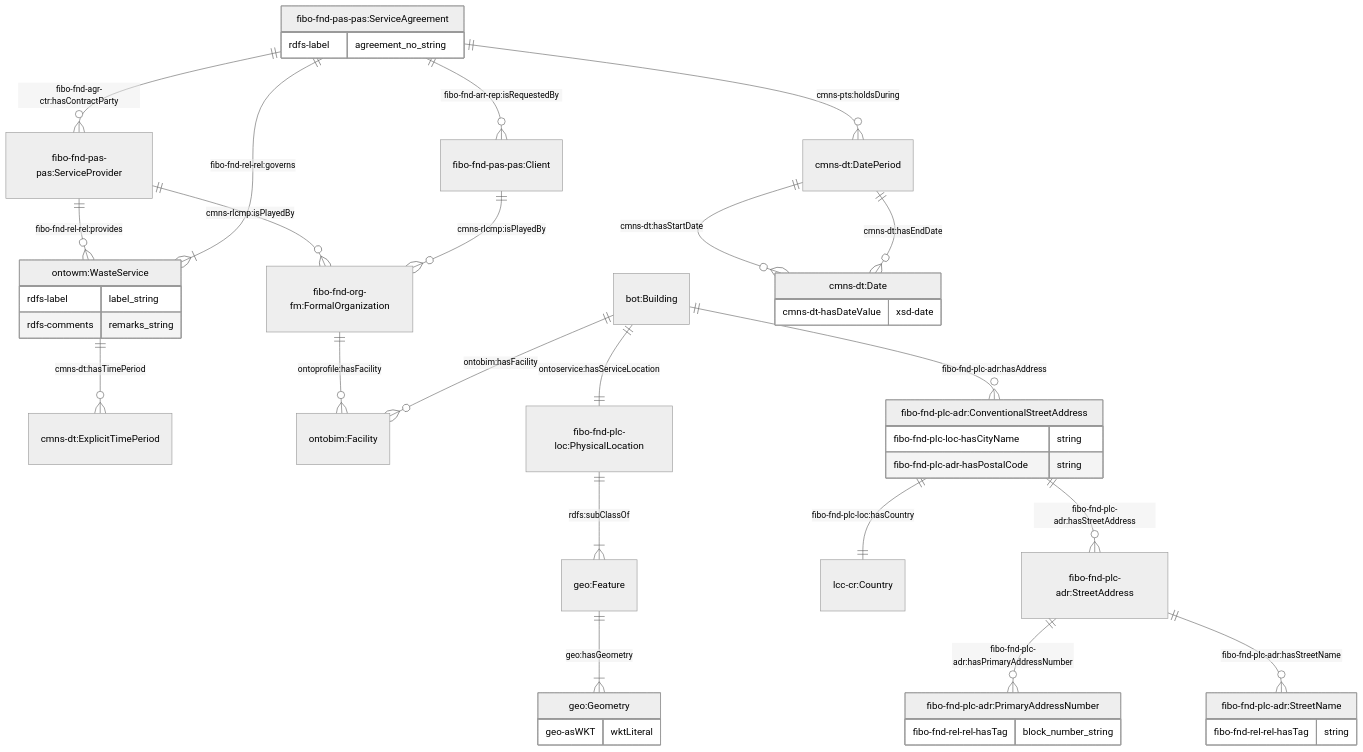
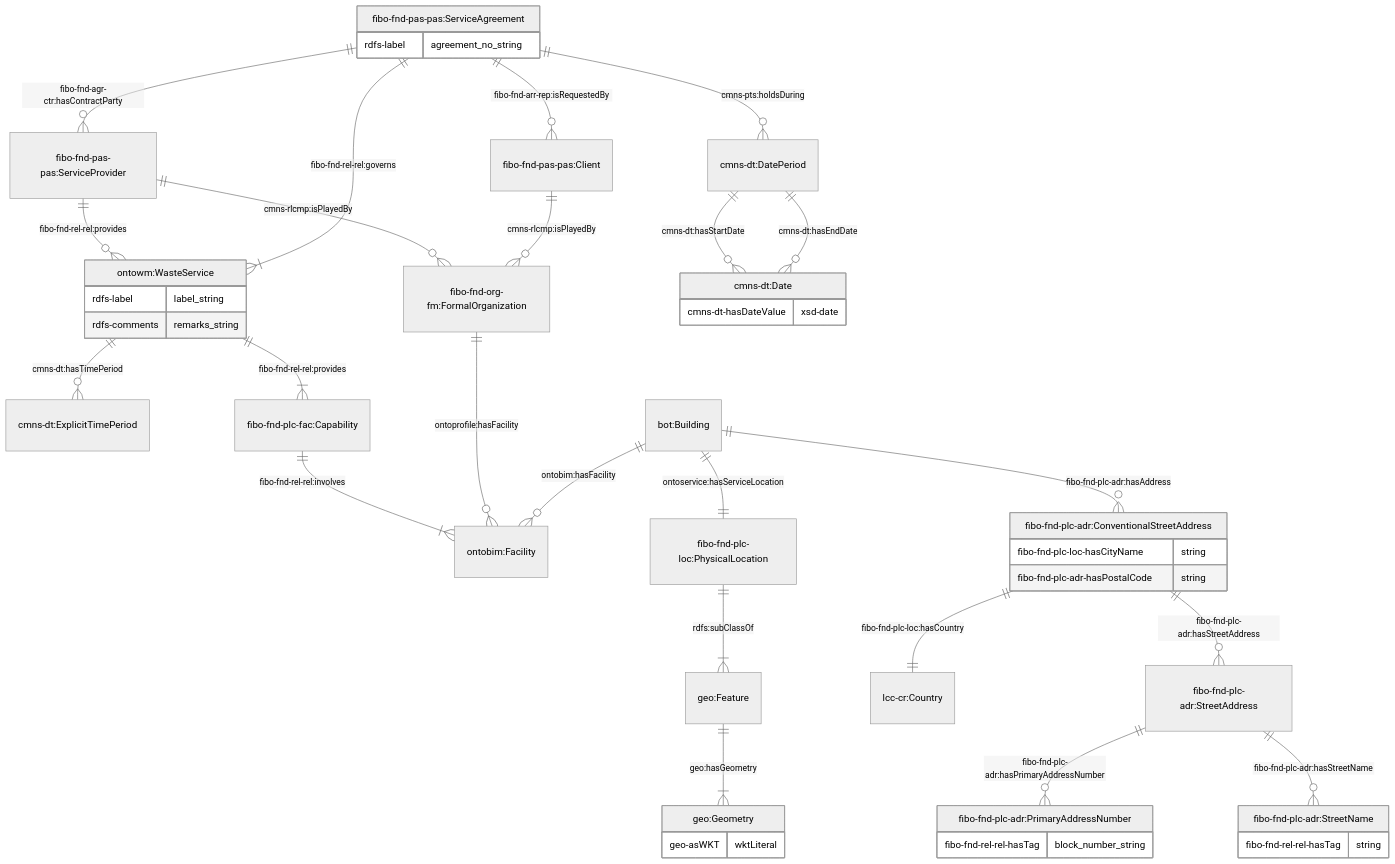
One commit to cambridge-cares/TheWorldAvatar changed the first of 11 diagrams in JPS_Ontology/ontology/ontowastemanagement/README.md. Above: the diagram before and after it, drawn with Mermaid (neutral theme). The commit also changed 1 other file, not shown here.

Commit message:
dev-service-execution-ontology-extension: added links to facility from service in ontoservice and ontowastemanagement

````diff
--- a/JPS_Ontology/ontology/ontowastemanagement/README.md
+++ b/JPS_Ontology/ontology/ontowastemanagement/README.md
@@ -70,54 +70,56 @@
 ```mermaid
     erDiagram
     "fibo-fnd-pas-pas:ServiceAgreement" {
         rdfs-label agreement_no_string
     }
     "fibo-fnd-pas-pas:ServiceAgreement" ||--o{ "fibo-fnd-pas-pas:Client" : "fibo-fnd-arr-rep:isRequestedBy"
     "fibo-fnd-pas-pas:ServiceAgreement" ||--o{ "fibo-fnd-pas-pas:ServiceProvider" : "fibo-fnd-agr-ctr:hasContractParty"
 
     "fibo-fnd-pas-pas:ServiceProvider" ||--o{ "fibo-fnd-org-fm:FormalOrganization"  : "cmns-rlcmp:isPlayedBy"
     "fibo-fnd-pas-pas:ServiceProvider" ||--o{ "ontowm:WasteService"  : "fibo-fnd-rel-rel:provides"
 
     "fibo-fnd-pas-pas:Client" ||--o{ "fibo-fnd-org-fm:FormalOrganization"  : "cmns-rlcmp:isPlayedBy"
 
     "fibo-fnd-pas-pas:ServiceAgreement" ||--|{ "ontowm:WasteService" : "fibo-fnd-rel-rel:governs"
     "ontowm:WasteService" ||--o{ "cmns-dt:ExplicitTimePeriod" : "cmns-dt:hasTimePeriod"
     "ontowm:WasteService" {
         rdfs-label label_string
         rdfs-comments remarks_string
     }
 
+    "ontowm:WasteService" ||--|{ "fibo-fnd-plc-fac:Capability" : "fibo-fnd-rel-rel:provides"
+    "fibo-fnd-plc-fac:Capability" ||--|{ "ontobim:Facility" : "fibo-fnd-rel-rel:involves"
     "fibo-fnd-org-fm:FormalOrganization" ||--o{ "ontobim:Facility" : "ontoprofile:hasFacility "
 
     "bot:Building" ||--|| "fibo-fnd-plc-loc:PhysicalLocation" : "ontoservice:hasServiceLocation"
     "fibo-fnd-plc-loc:PhysicalLocation" ||--|{ "geo:Feature" : "rdfs:subClassOf"
     "geo:Feature" ||--|{ "geo:Geometry" : "geo:hasGeometry"
     "geo:Geometry" {
         geo-asWKT wktLiteral
     }
 
     "bot:Building" ||--o{ "ontobim:Facility" : "ontobim:hasFacility "
     "bot:Building" ||--o{ "fibo-fnd-plc-adr:ConventionalStreetAddress" : "fibo-fnd-plc-adr:hasAddress"
     "fibo-fnd-plc-adr:ConventionalStreetAddress" ||--|| "lcc-cr:Country" : "fibo-fnd-plc-loc:hasCountry"
     "fibo-fnd-plc-adr:ConventionalStreetAddress" ||--o{ "fibo-fnd-plc-adr:StreetAddress" : "fibo-fnd-plc-adr:hasStreetAddress"
     "fibo-fnd-plc-adr:ConventionalStreetAddress" {
         fibo-fnd-plc-loc-hasCityName string
         fibo-fnd-plc-adr-hasPostalCode string
     }
     "fibo-fnd-plc-adr:StreetAddress" ||--o{ "fibo-fnd-plc-adr:PrimaryAddressNumber" : "fibo-fnd-plc-adr:hasPrimaryAddressNumber"
     "fibo-fnd-plc-adr:StreetAddress" ||--o{ "fibo-fnd-plc-adr:StreetName" : "fibo-fnd-plc-adr:hasStreetName"
 
     "fibo-fnd-plc-adr:PrimaryAddressNumber" {
         fibo-fnd-rel-rel-hasTag block_number_string
     }
     "fibo-fnd-plc-adr:StreetName" {
         fibo-fnd-rel-rel-hasTag string
     }
 
     "fibo-fnd-pas-pas:ServiceAgreement" ||--o{ "cmns-dt:DatePeriod" : "cmns-pts:holdsDuring"
     "cmns-dt:DatePeriod" ||--o{ "cmns-dt:Date" : "cmns-dt:hasStartDate"
     "cmns-dt:DatePeriod" ||--o{ "cmns-dt:Date" : "cmns-dt:hasEndDate"
     "cmns-dt:Date" {
         cmns-dt-hasDateValue xsd-date
     }
 ```
````
